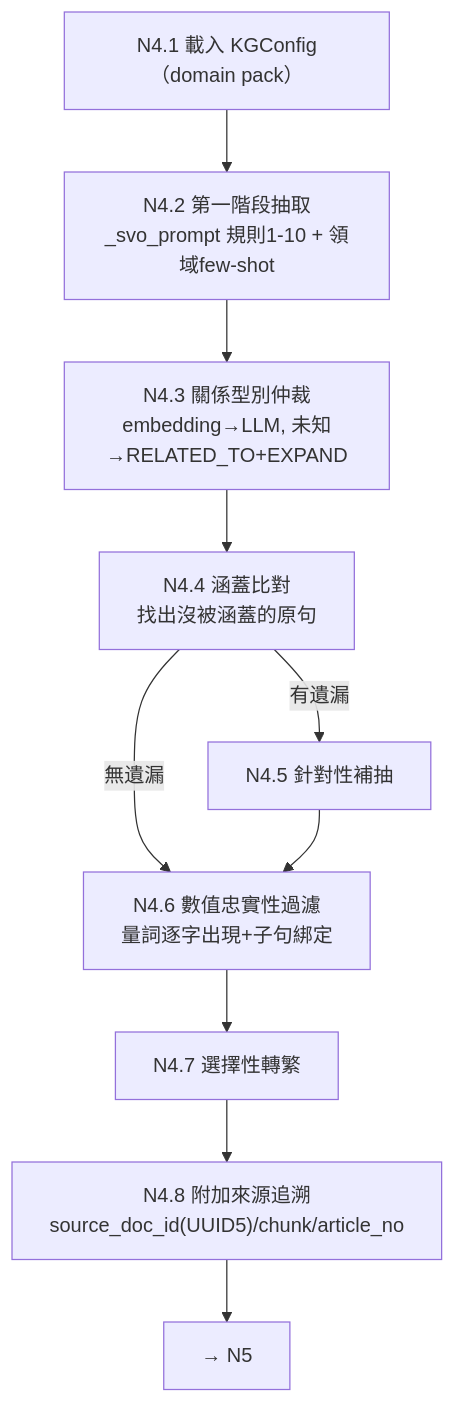
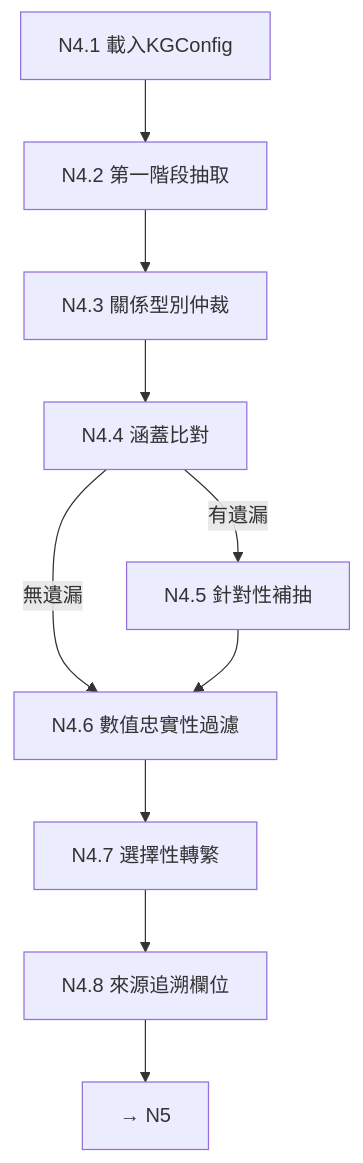
The sixth of 12 diagrams in docs/報告/95_專案節點流程總覽與設計說明.md (Chester930/world-knowledge-graph-rag), drawn with Mermaid before and after one commit. The commit also changed other lines of this file and 1 other file, not shown here.

````diff
--- a/docs/報告/95_專案節點流程總覽與設計說明.md
+++ b/docs/報告/95_專案節點流程總覽與設計說明.md
@@ -211,12 +243,10 @@
 ```mermaid
 flowchart TD
-    L["N4.1 載入 KGConfig（domain pack）"] --> E1["N4.2 第一階段抽取<br/>_svo_prompt 規則1-10 + 領域few-shot"]
-    E1 --> RT["N4.3 關係型別仲裁<br/>embedding→LLM, 未知→RELATED_TO+EXPAND"]
-    RT --> CV["N4.4 涵蓋比對<br/>找出沒被涵蓋的原句"]
+    L["N4.1 載入KGConfig"] --> E1["N4.2 第一階段抽取"]
+    E1 --> RT["N4.3 關係型別仲裁"]
+    RT --> CV["N4.4 涵蓋比對"]
     CV -- "有遺漏" --> E2["N4.5 針對性補抽"]
     CV -- "無遺漏" --> QG
-    E2 --> QG["N4.6 數值忠實性過濾<br/>量詞逐字出現+子句綁定"]
-    QG --> TR["N4.7 選擇性轉繁"]
-    TR --> PV["N4.8 附加來源追溯<br/>source_doc_id(UUID5)/chunk/article_no"]
-    PV --> N5["→ N5"]
+    E2 --> QG["N4.6 數值忠實性過濾"]
+    QG --> TR["N4.7 選擇性轉繁"] --> PV["N4.8 來源追溯欄位"] --> N5["→ N5"]
 ```
````
